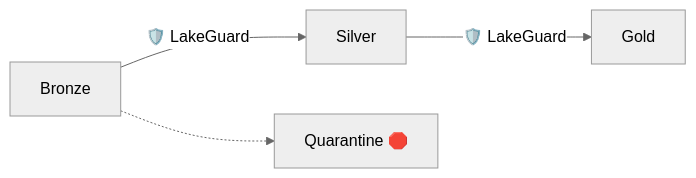
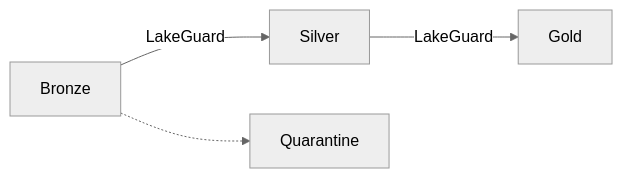
Before and after one commit to LakeLogic/LakeLogic: the diagram in docs/index.md, drawn with Mermaid (neutral theme). The commit also changed other lines of this file and 114 other files, not shown here.

````diff
--- a/docs/index.md
+++ b/docs/index.md
@@ -7,6 +7,6 @@
 ```mermaid
 graph LR
-    B[Bronze] -->|🛡️ LakeGuard| S[Silver]
-    S -->|🛡️ LakeGuard| G[Gold]
-    B -.-> Q[Quarantine 🛑]
+    B[Bronze] -->|LakeGuard| S[Silver]
+    S -->|LakeGuard| G[Gold]
+    B -.-> Q[Quarantine]
 ```
````
